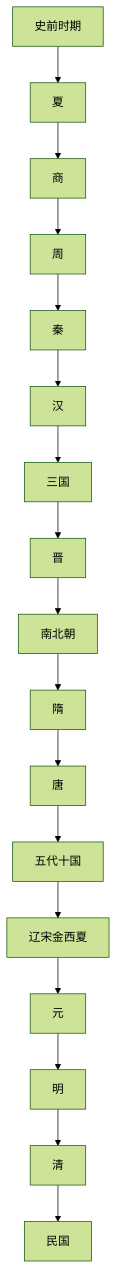
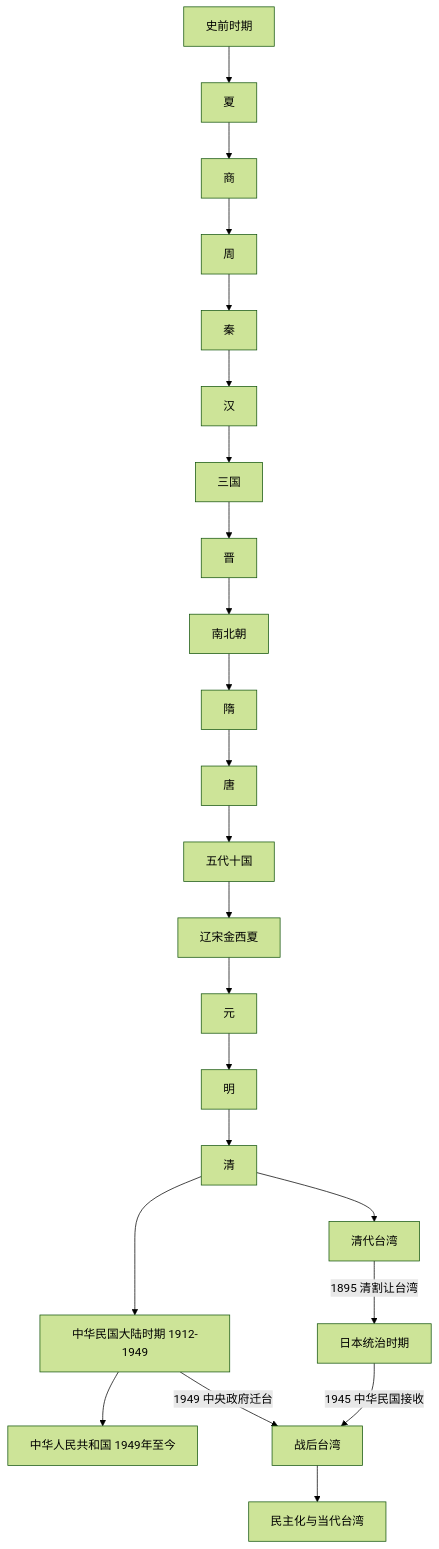
Before and after one commit to tianlan-dev/learning-notes: the diagram in 人文科学/历史/东亚/中国/_朝代变迁/README.md, drawn with Mermaid (forest theme). The commit also changed other lines of this file and 41 other files, not shown here.

````diff
--- a/人文科学/历史/东亚/中国/_朝代变迁/README.md
+++ b/人文科学/历史/东亚/中国/_朝代变迁/README.md
@@ -13,19 +13,26 @@
 ```mermaid
 flowchart TD
     Pre["史前时期"] --> Xia["夏"]
     Xia --> Shang["商"]
     Shang --> Zhou["周"]
     Zhou --> Qin["秦"]
     Qin --> Han["汉"]
     Han --> Three["三国"]
     Three --> Jin["晋"]
     Jin --> NS["南北朝"]
     NS --> Sui["隋"]
     Sui --> Tang["唐"]
     Tang --> Five["五代十国"]
     Five --> SongEra["辽宋金西夏"]
     SongEra --> Yuan["元"]
     Yuan --> Ming["明"]
     Ming --> Qing["清"]
-    Qing --> Republic["民国"]
+    Qing --> RepublicMainland["中华民国大陆时期 1912-1949"]
+    RepublicMainland --> PRC["中华人民共和国 1949年至今"]
+
+    Qing --> TaiwanQing["清代台湾"]
+    TaiwanQing -->|1895 清割让台湾| TaiwanJapan["日本统治时期"]
+    TaiwanJapan -->|1945 中华民国接收| TaiwanROC["战后台湾"]
+    RepublicMainland -->|1949 中央政府迁台| TaiwanROC
+    TaiwanROC --> TaiwanDemocracy["民主化与当代台湾"]
 ```
````
